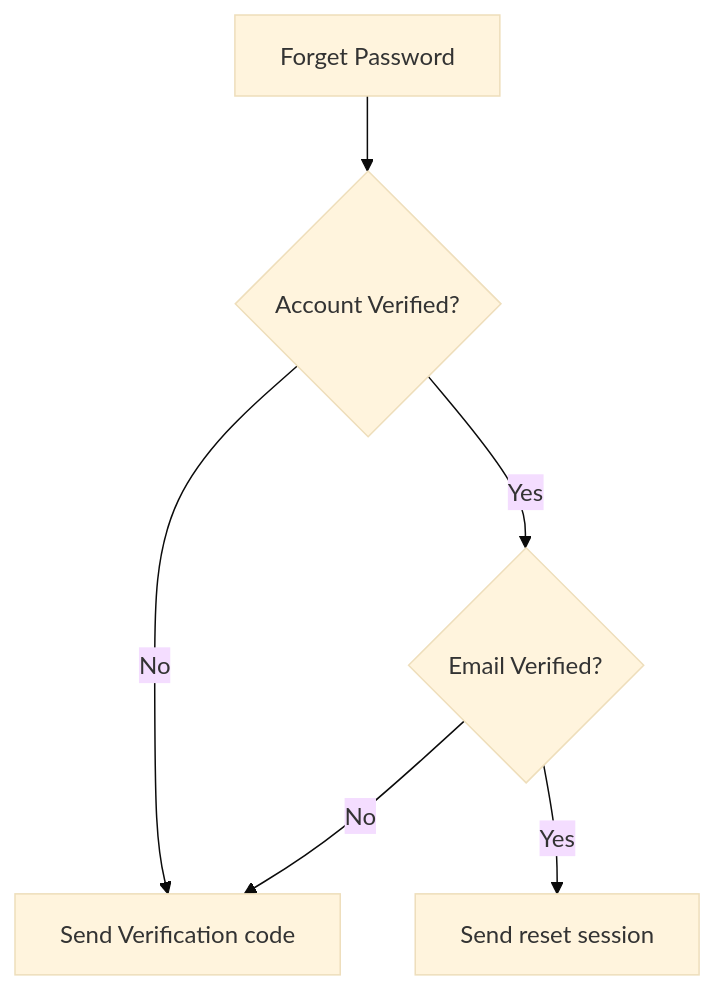
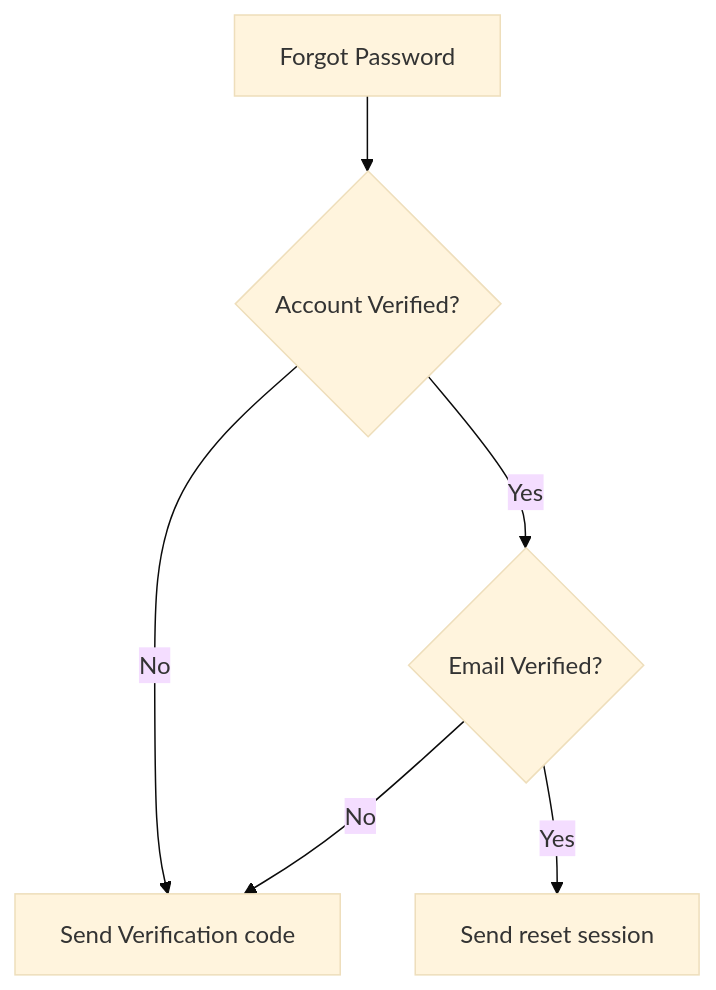
One commit to neupaneanish/authentication changed the second of 2 diagrams in README.md. Above: the diagram before and after it, drawn with Mermaid (base theme). The commit also changed other lines of this file and 13 other files, not shown here.

Commit message:
Forget to Forgot

````diff
--- a/README.md
+++ b/README.md
@@ -151,8 +151,8 @@
 ```mermaid
 flowchart TD
-    A[Forget Password] --> B{Account Verified?}
+    A[Forgot Password] --> B{Account Verified?}
     B -->|No| E[Send Verification code]
     B -->|Yes| C{Email Verified?}
     C -->|No| E
     C -->|Yes| D[Send reset session]
 ```
````
